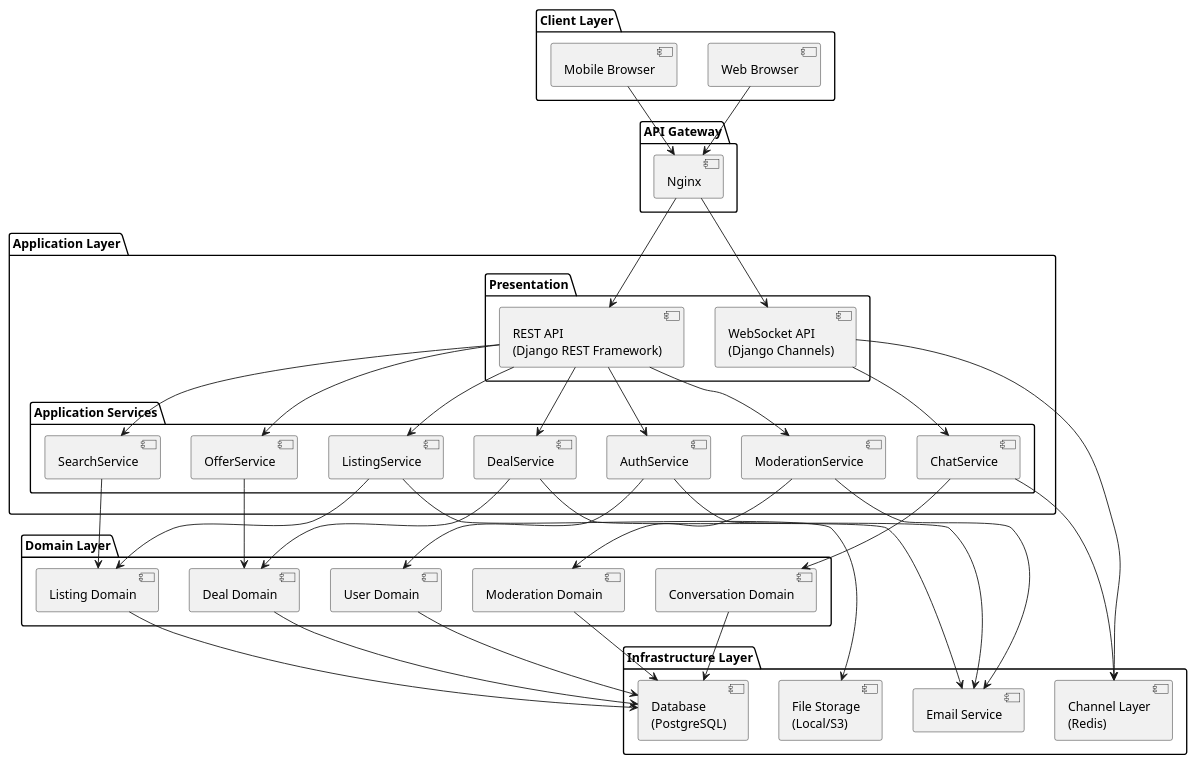
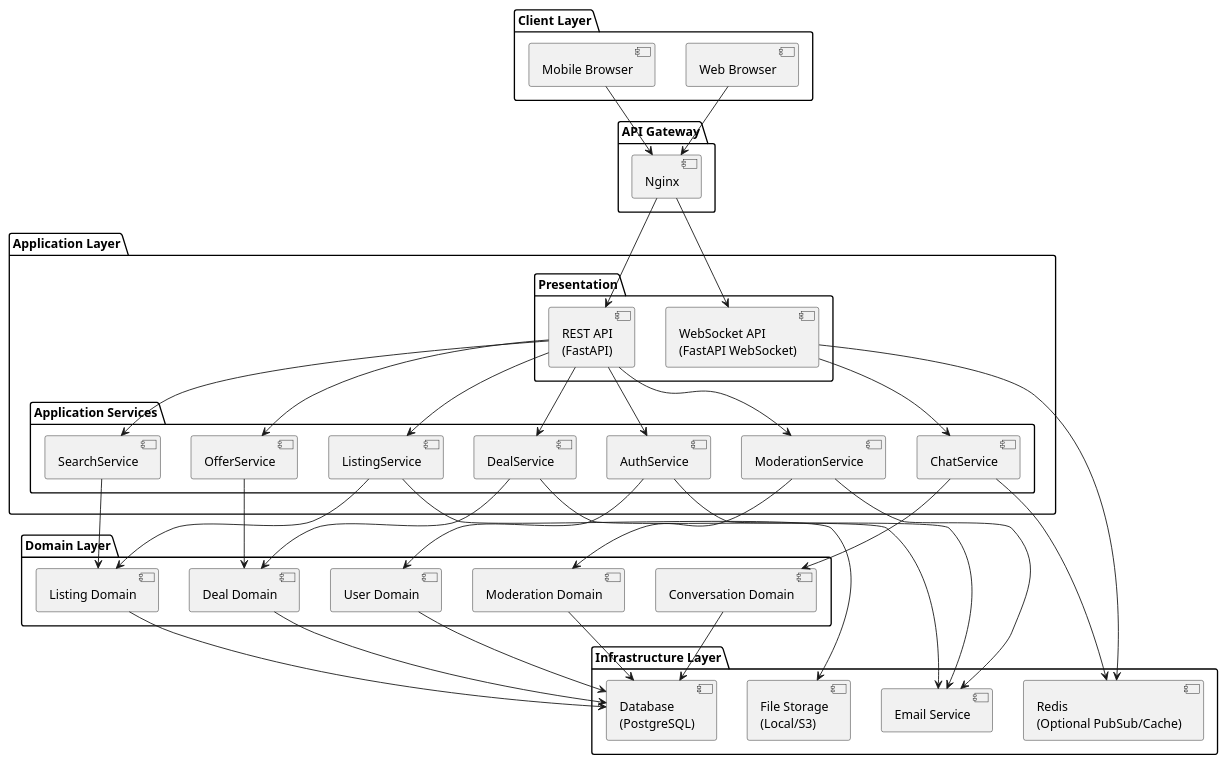
Before and after one commit to codebypython/PBL5: the diagram in docs/05-uml/component.puml, drawn with PlantUML. The commit also changed 17 other files, not shown here.

```diff
--- a/docs/05-uml/component.puml
+++ b/docs/05-uml/component.puml
@@ -1,82 +1,82 @@
 @startuml Component Diagram - OldGoods Marketplace
 
 package "Client Layer" {
   [Web Browser] as browser
   [Mobile Browser] as mobile
 }
 
 package "API Gateway" {
   [Nginx] as nginx
 }
 
 package "Application Layer" {
   package "Presentation" {
-    [REST API\n(Django REST Framework)] as restAPI
-    [WebSocket API\n(Django Channels)] as wsAPI
+    [REST API\n(FastAPI)] as restAPI
+    [WebSocket API\n(FastAPI WebSocket)] as wsAPI
   }
   
   package "Application Services" {
     [AuthService] as authService
     [ListingService] as listingService
     [SearchService] as searchService
     [ChatService] as chatService
     [OfferService] as offerService
     [DealService] as dealService
     [ModerationService] as modService
   }
 }
 
 package "Domain Layer" {
   [User Domain] as userDomain
   [Listing Domain] as listingDomain
   [Conversation Domain] as conversationDomain
   [Deal Domain] as dealDomain
   [Moderation Domain] as moderationDomain
 }
 
 package "Infrastructure Layer" {
   [Database\n(PostgreSQL)] as db
   [File Storage\n(Local/S3)] as storage
-  [Channel Layer\n(Redis)] as redis
+  [Redis\n(Optional PubSub/Cache)] as redis
   [Email Service] as email
 }
 
 ' Connections
 browser --> nginx
 mobile --> nginx
 
 nginx --> restAPI
 nginx --> wsAPI
 
 restAPI --> authService
 restAPI --> listingService
 restAPI --> searchService
 restAPI --> offerService
 restAPI --> dealService
 restAPI --> modService
 
 wsAPI --> chatService
 
 authService --> userDomain
 listingService --> listingDomain
 searchService --> listingDomain
 chatService --> conversationDomain
 offerService --> dealDomain
 dealService --> dealDomain
 modService --> moderationDomain
 
 userDomain --> db
 listingDomain --> db
 conversationDomain --> db
 dealDomain --> db
 moderationDomain --> db
 
 listingService --> storage
 chatService --> redis
 wsAPI --> redis
 
 authService --> email
 dealService --> email
 modService --> email
 
 @enduml
```
